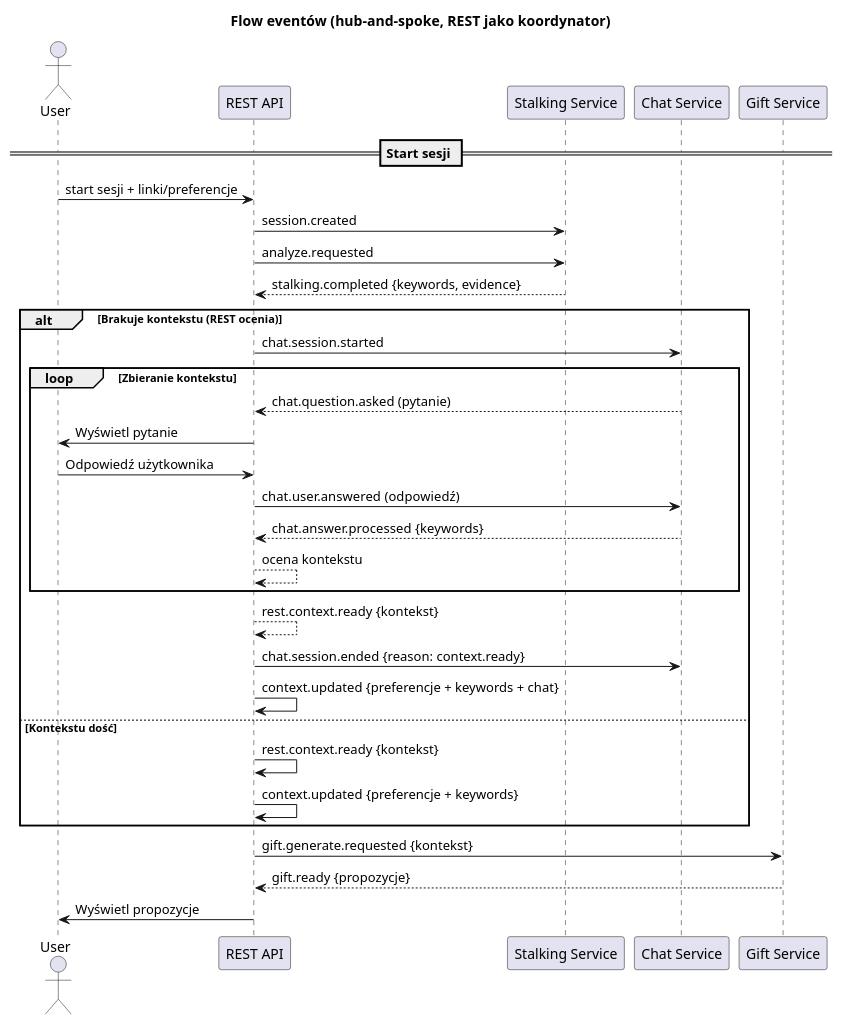
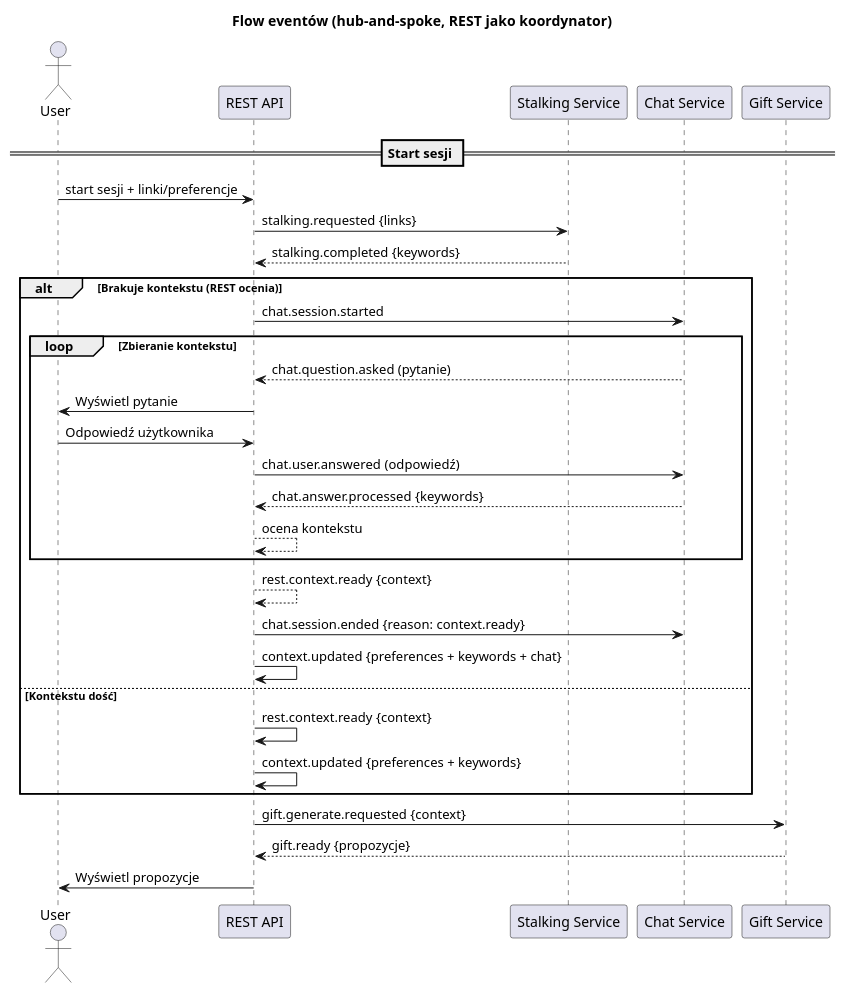
The diagram in sequence_diagram/diagram.puml (Generacja-Cuzi/ai-present-finder), drawn with PlantUML before and after one commit.

Commit message:
fix(rest_api): remove start session event

```diff
--- a/sequence_diagram/diagram.puml
+++ b/sequence_diagram/diagram.puml
@@ -1,39 +1,38 @@
 @startuml sequence_diagram
 title Flow eventów (hub-and-spoke, REST jako koordynator)
 
 actor User as U
 participant "REST API" as REST
 participant "Stalking Service" as STALK
 participant "Chat Service" as CHAT
 participant "Gift Service" as GIFT
 
 == Start sesji ==
 U -> REST: start sesji + linki/preferencje
-REST -> STALK: session.created
-REST -> STALK: analyze.requested
+REST -> STALK: stalking.requested {links}
 
-STALK --> REST: stalking.completed {keywords, evidence}
+STALK --> REST: stalking.completed {keywords}
 
 alt Brakuje kontekstu (REST ocenia)
   REST -> CHAT: chat.session.started
   loop Zbieranie kontekstu
     CHAT --> REST: chat.question.asked (pytanie)
     REST -> U: Wyświetl pytanie
     U -> REST: Odpowiedź użytkownika
     REST -> CHAT: chat.user.answered (odpowiedź)
     CHAT --> REST: chat.answer.processed {keywords}
     REST --> REST: ocena kontekstu
   end
-  REST --> REST: rest.context.ready {kontekst}
+  REST --> REST: rest.context.ready {context}
   REST -> CHAT: chat.session.ended {reason: context.ready}
-  REST -> REST: context.updated {preferencje + keywords + chat}
+  REST -> REST: context.updated {preferences + keywords + chat}
 else Kontekstu dość
-  REST -> REST: rest.context.ready {kontekst}
-  REST -> REST: context.updated {preferencje + keywords}
+  REST -> REST: rest.context.ready {context}
+  REST -> REST: context.updated {preferences + keywords}
 end
 
-REST -> GIFT: gift.generate.requested {kontekst}
+REST -> GIFT: gift.generate.requested {context}
 GIFT --> REST: gift.ready {propozycje}
 REST -> U: Wyświetl propozycje
 
 @enduml
```
